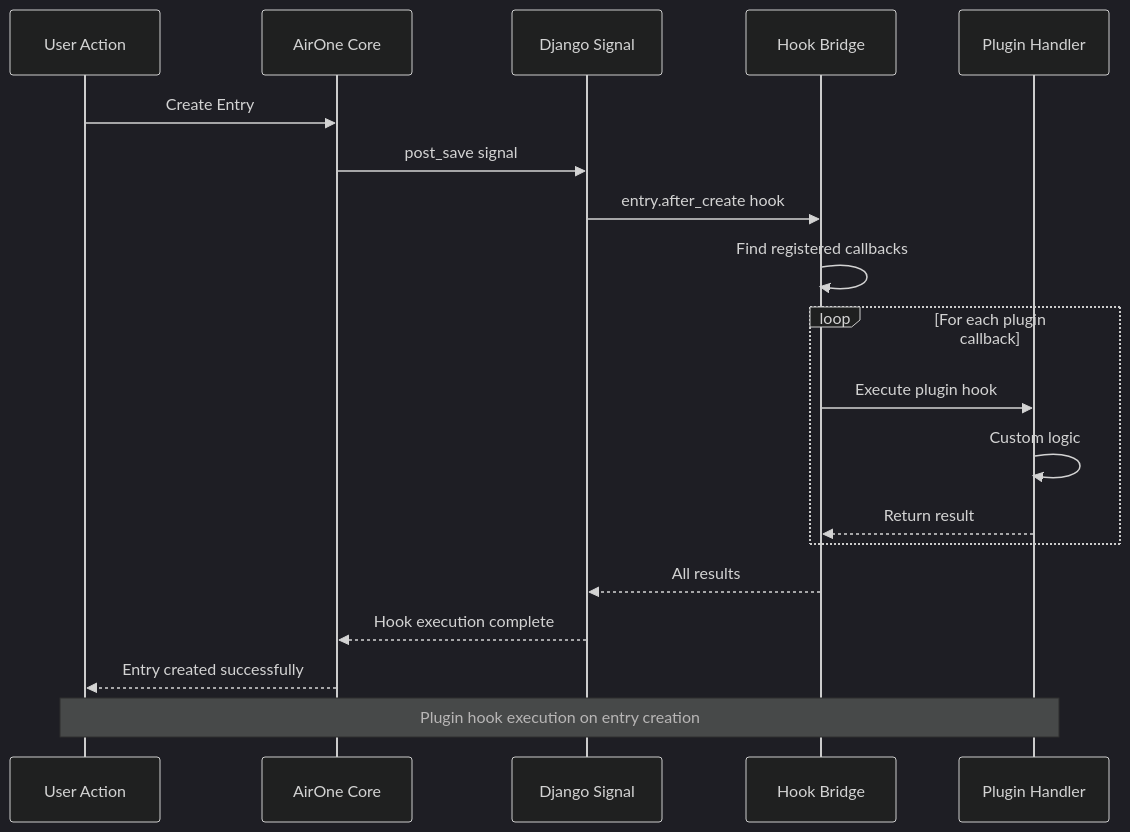
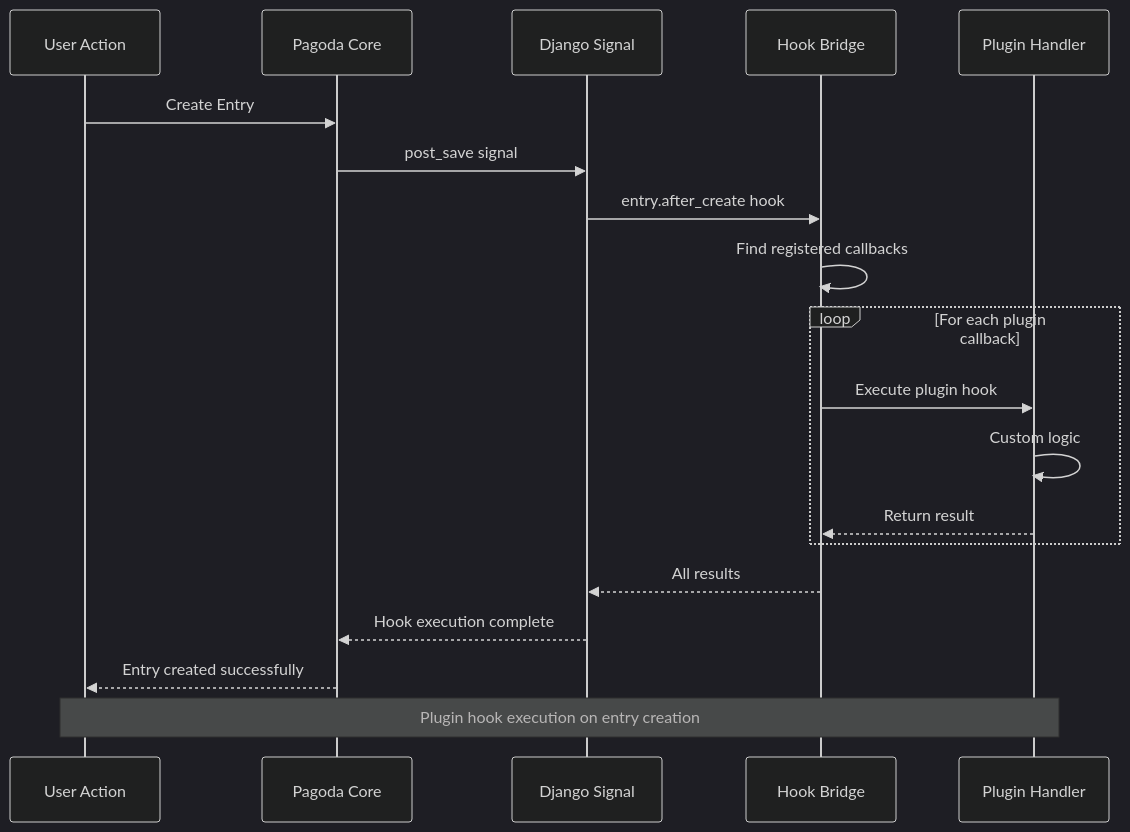
The eighth of 11 diagrams in docs/content/advanced/plugin_architecture_diagrams.md (dmm-com/pagoda), drawn with Mermaid (dark theme) before and after one commit. The commit also changed other lines of this file and 5 other files, not shown here.

````diff
--- a/docs/content/advanced/plugin_architecture_diagrams.md
+++ b/docs/content/advanced/plugin_architecture_diagrams.md
@@ -315,25 +315,25 @@
 ```mermaid
 sequenceDiagram
     participant User as User Action
-    participant AirOne as AirOne Core
+    participant Pagoda as Pagoda Core
     participant Django as Django Signal
     participant HookBridge as Hook Bridge
     participant Plugin as Plugin Handler
 
-    User->>AirOne: Create Entry
-    AirOne->>Django: post_save signal
+    User->>Pagoda: Create Entry
+    Pagoda->>Django: post_save signal
     Django->>HookBridge: entry.after_create hook
     HookBridge->>HookBridge: Find registered callbacks
 
     loop For each plugin callback
         HookBridge->>Plugin: Execute plugin hook
         Plugin->>Plugin: Custom logic
         Plugin-->>HookBridge: Return result
     end
 
     HookBridge-->>Django: All results
-    Django-->>AirOne: Hook execution complete
-    AirOne-->>User: Entry created successfully
+    Django-->>Pagoda: Hook execution complete
+    Pagoda-->>User: Entry created successfully
 
     Note over User,Plugin: Plugin hook execution on entry creation
 ```
````
